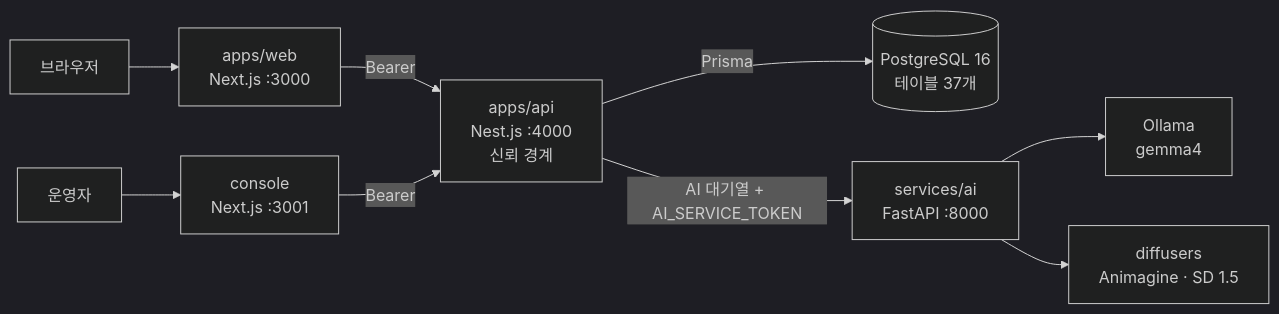
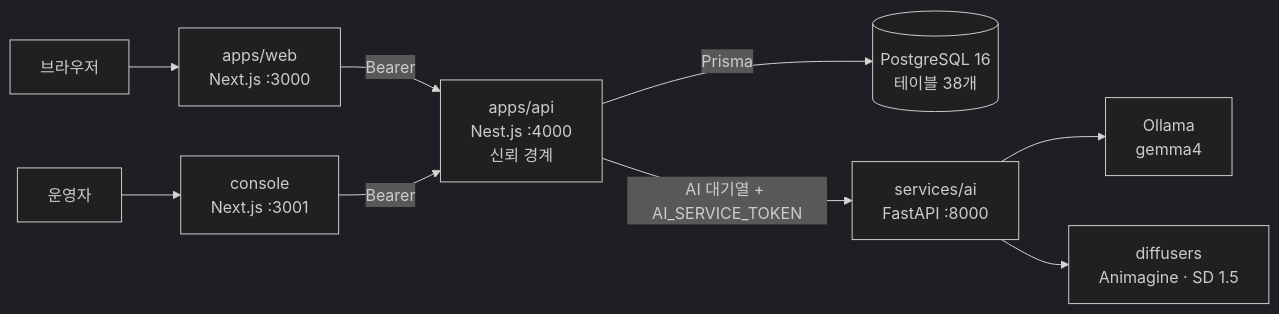
Before and after one commit to samam0234/CodiComperChat: the second of 3 diagrams in docs/AGENT_HANDOVER.md, drawn with Mermaid (dark theme). The commit also changed other lines of this file and 48 other files, not shown here.

````diff
--- a/docs/AGENT_HANDOVER.md
+++ b/docs/AGENT_HANDOVER.md
@@ -40,11 +40,11 @@
 ```mermaid
 flowchart LR
   B["브라우저"] --> W["apps/web<br/>Next.js :3000"]
   OP["운영자"] --> C["console<br/>Next.js :3001"]
   W -- "Bearer" --> N["apps/api<br/>Nest.js :4000<br/>신뢰 경계"]
   C -- "Bearer" --> N
-  N -- "Prisma" --> D[("PostgreSQL 16<br/>테이블 37개")]
+  N -- "Prisma" --> D[("PostgreSQL 16<br/>테이블 38개")]
   N -- "AI 대기열 + AI_SERVICE_TOKEN" --> A["services/ai<br/>FastAPI :8000"]
   A --> O["Ollama<br/>gemma4"]
   A --> G["diffusers<br/>Animagine · SD 1.5"]
 ```
````
